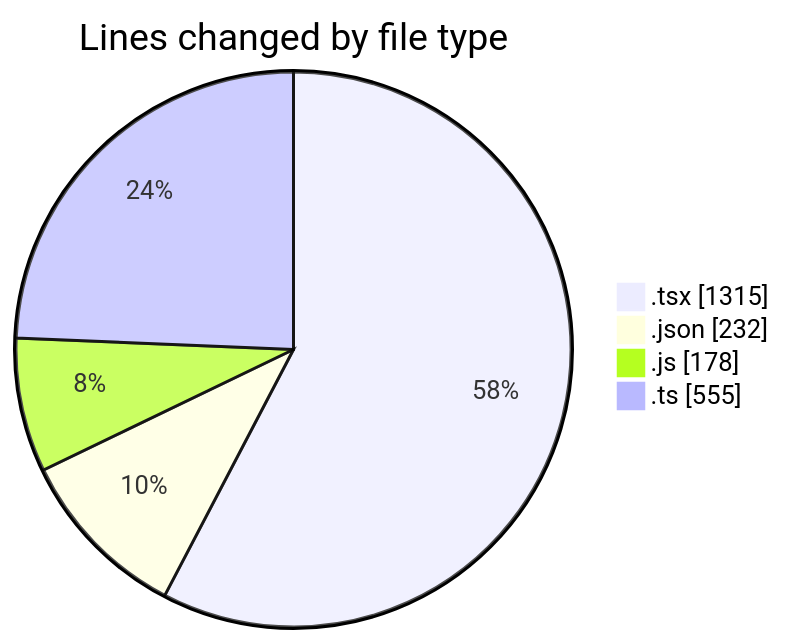
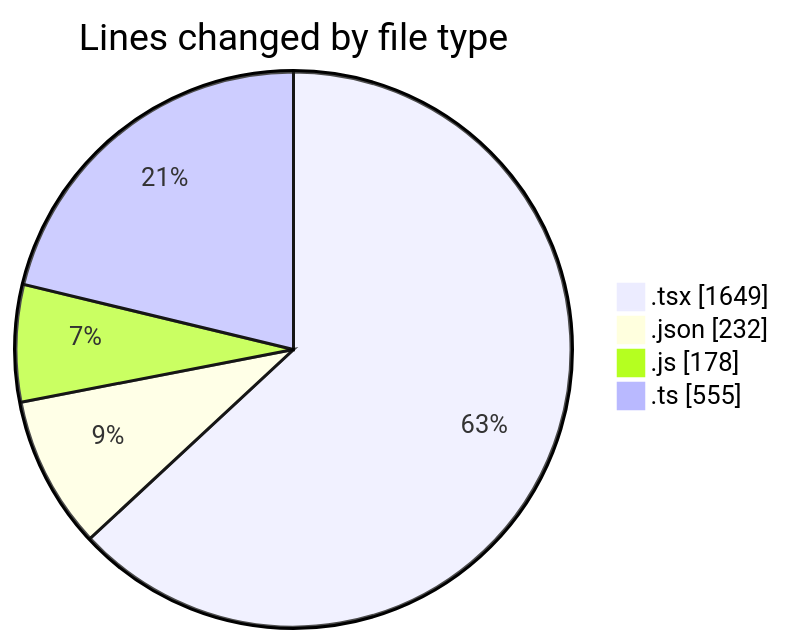
One commit to momahboobian/code-tracking changed the first of 2 diagrams in 2026-08-07/cda/README.md. Above: the diagram before and after it, drawn with Mermaid. The commit also changed other lines of this file and 1 other file, not shown here.

````diff
--- a/2026-08-07/cda/README.md
+++ b/2026-08-07/cda/README.md
@@ -31,8 +31,8 @@
 ```mermaid
 pie showData
 title Lines changed by file type
-".tsx" : 1315
+".tsx" : 1649
 ".json" : 232
 ".js" : 178
 ".ts" : 555
 ```
````
